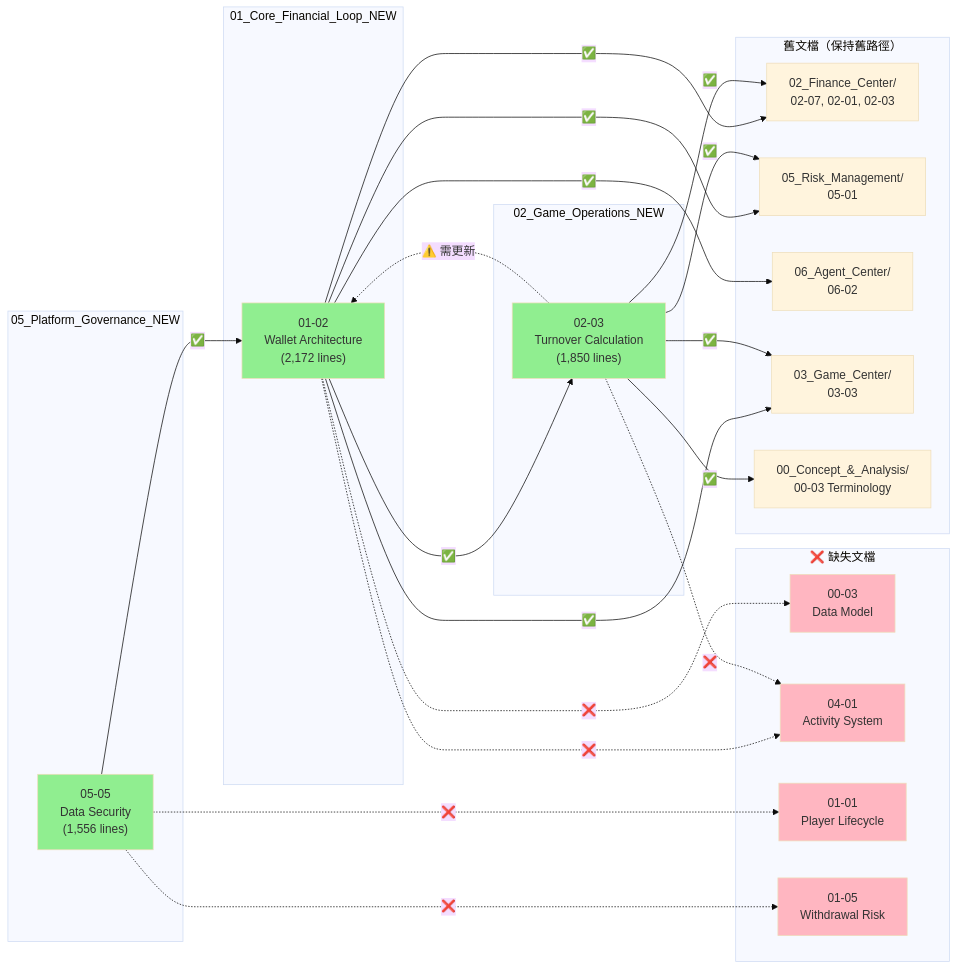
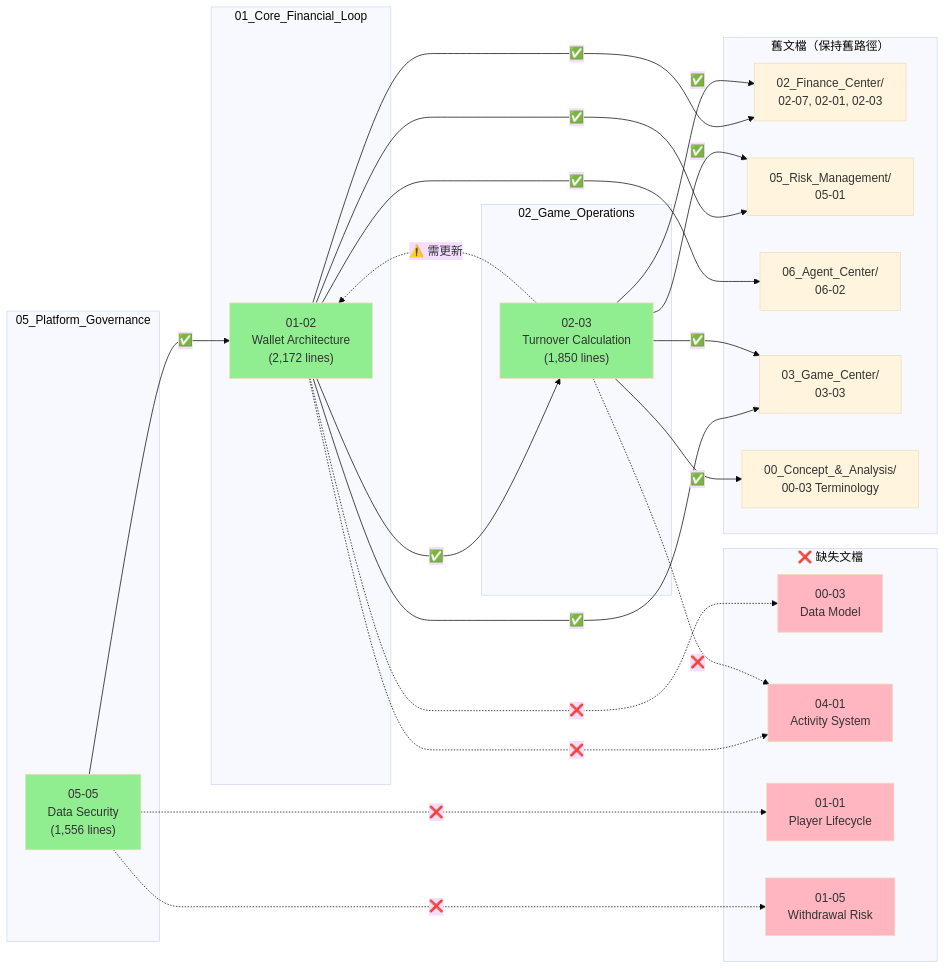
Before and after one commit to ron03wlb/smart-admin: the diagram in docs/iGaming/SSOT_VALIDATION_REPORT.md, drawn with Mermaid (base theme). The commit also changed other lines of this file and 143 other files, not shown here.

````diff
--- a/docs/iGaming/SSOT_VALIDATION_REPORT.md
+++ b/docs/iGaming/SSOT_VALIDATION_REPORT.md
@@ -147,57 +147,57 @@
 ```mermaid
 graph LR
-    subgraph Core["01_Core_Financial_Loop_NEW"]
+    subgraph Core["01_Core_Financial_Loop"]
         W["01-02<br/>Wallet Architecture<br/>(2,172 lines)"]
     end
 
-    subgraph Game["02_Game_Operations_NEW"]
+    subgraph Game["02_Game_Operations"]
         T["02-03<br/>Turnover Calculation<br/>(1,850 lines)"]
     end
 
-    subgraph Governance["05_Platform_Governance_NEW"]
+    subgraph Governance["05_Platform_Governance"]
         S["05-05<br/>Data Security<br/>(1,556 lines)"]
     end
 
     subgraph Old["舊文檔（保持舊路徑）"]
         F1["02_Finance_Center/<br/>02-07, 02-01, 02-03"]
         F2["05_Risk_Management/<br/>05-01"]
         F3["06_Agent_Center/<br/>06-02"]
         F4["03_Game_Center/<br/>03-03"]
         F5["00_Concept_&_Analysis/<br/>00-03 Terminology"]
     end
 
     subgraph Missing["❌ 缺失文檔"]
         M1["00-03<br/>Data Model"]
         M2["04-01<br/>Activity System"]
         M3["01-01<br/>Player Lifecycle"]
         M4["01-05<br/>Withdrawal Risk"]
     end
 
     W -->|✅| T
     S -->|✅| W
     T -.->|⚠️ 需更新| W
 
     W -->|✅| F1
     W -->|✅| F2
     W -->|✅| F3
     W -->|✅| F4
 
     T -->|✅| F5
     T -->|✅| F2
     T -->|✅| F1
     T -->|✅| F4
 
     W -.->|❌| M1
     W -.->|❌| M2
     T -.->|❌| M2
     S -.->|❌| M3
     S -.->|❌| M4
 
     style W fill:#90EE90
     style T fill:#90EE90
     style S fill:#90EE90
     style M1 fill:#FFB6C1
     style M2 fill:#FFB6C1
     style M3 fill:#FFB6C1
     style M4 fill:#FFB6C1
 ```
````
